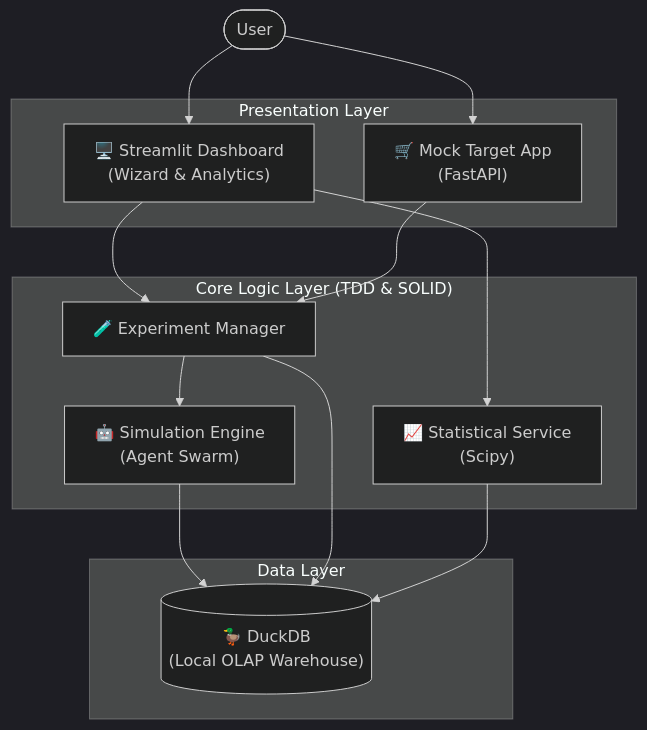
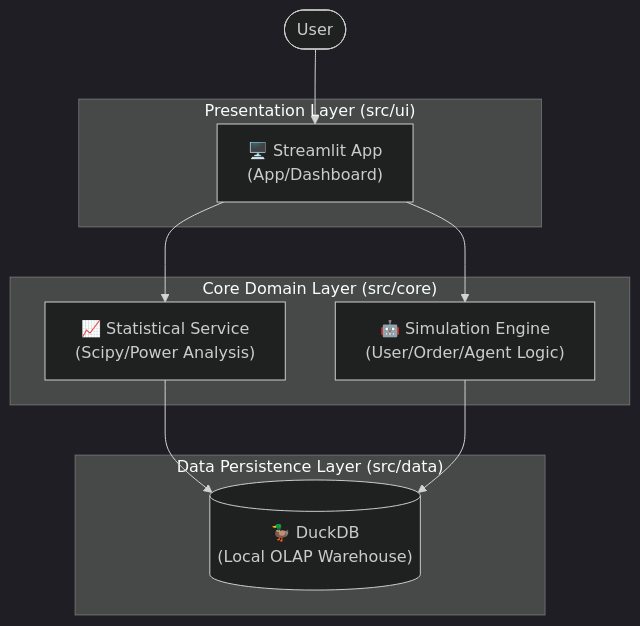
Before and after one commit to 1916571-alt/NovaRium-MVP: the diagram in README.md, drawn with Mermaid (dark theme). The commit also changed other lines of this file and 32 other files, not shown here.

````diff
--- a/README.md
+++ b/README.md
@@ -36,28 +37,22 @@
 ```mermaid
 graph TD
     User([User])
-    subgraph "Presentation Layer"
-        Streamlit["🖥️ Streamlit Dashboard<br>(Wizard & Analytics)"]
-        TargetApp["🛒 Mock Target App<br>(FastAPI)"]
+    subgraph "Presentation Layer (src/ui)"
+        Streamlit["🖥️ Streamlit App<br>(App/Dashboard)"]
     end
     
-    subgraph "Core Logic Layer (TDD & SOLID)"
-        Simulator["🤖 Simulation Engine<br>(Agent Swarm)"]
-        Stats["📈 Statistical Service<br>(Scipy)"]
-        ExpManager["🧪 Experiment Manager"]
+    subgraph "Core Domain Layer (src/core)"
+        Simulator["🤖 Simulation Engine<br>(User/Order/Agent Logic)"]
+        Stats["📈 Statistical Service<br>(Scipy/Power Analysis)"]
     end
     
-    subgraph "Data Layer"
+    subgraph "Data Persistence Layer (src/data)"
         DuckDB[("🦆 DuckDB<br>(Local OLAP Warehouse)")]
     end
     
     User --> Streamlit
-    User --> TargetApp
-    Streamlit --> ExpManager
     Streamlit --> Stats
-    ExpManager --> Simulator
-    TargetApp --> ExpManager
+    Streamlit --> Simulator
+    Stats --> DuckDB
     Simulator --> DuckDB
-    ExpManager --> DuckDB
-    Stats --> DuckDB
 ```
````
